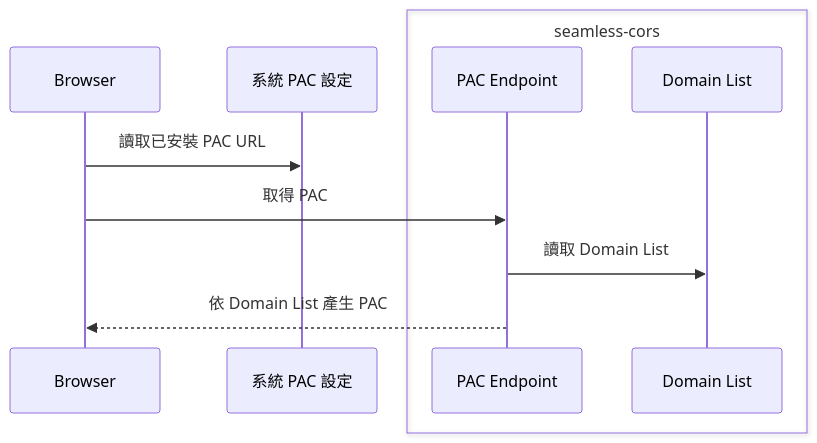
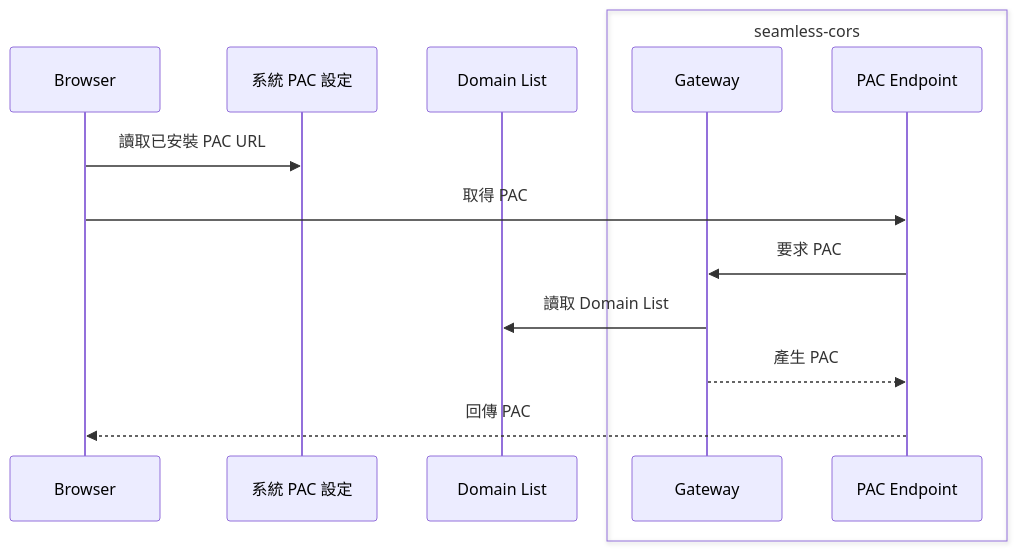
One commit to QzCurious/seamless-cors changed the fourth of 7 diagrams in diagrams/v4.md. Above: the diagram before and after it, drawn with Mermaid. The commit also changed other lines of this file and 3 other files, not shown here.

Commit message:
update diagrams

````diff
--- a/diagrams/v4.md
+++ b/diagrams/v4.md
@@ -56,14 +55,17 @@
 ```mermaid
 sequenceDiagram
   participant Browser
   participant SystemPAC as 系統 PAC 設定
+  participant DomainList as Domain List
   box seamless-cors
+    participant Gateway
     participant PacEndpoint as PAC Endpoint
-    participant DomainList as Domain List
   end
 
   Browser->>SystemPAC: 讀取已安裝 PAC URL
   Browser->>PacEndpoint: 取得 PAC
-  PacEndpoint->>DomainList: 讀取 Domain List
-  PacEndpoint-->>Browser: 依 Domain List 產生 PAC
+  PacEndpoint->>Gateway: 要求 PAC
+  Gateway->>DomainList: 讀取 Domain List
+  Gateway-->>PacEndpoint: 產生 PAC
+  PacEndpoint-->>Browser: 回傳 PAC
 ```
````
